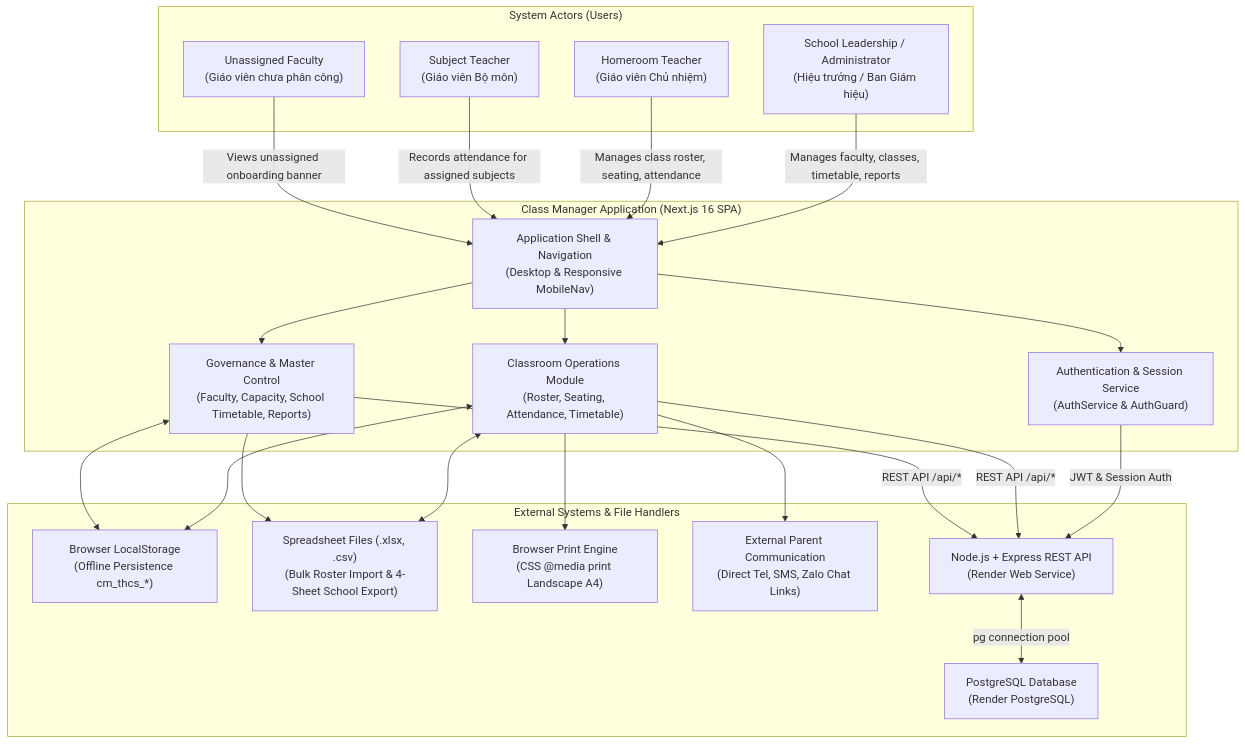
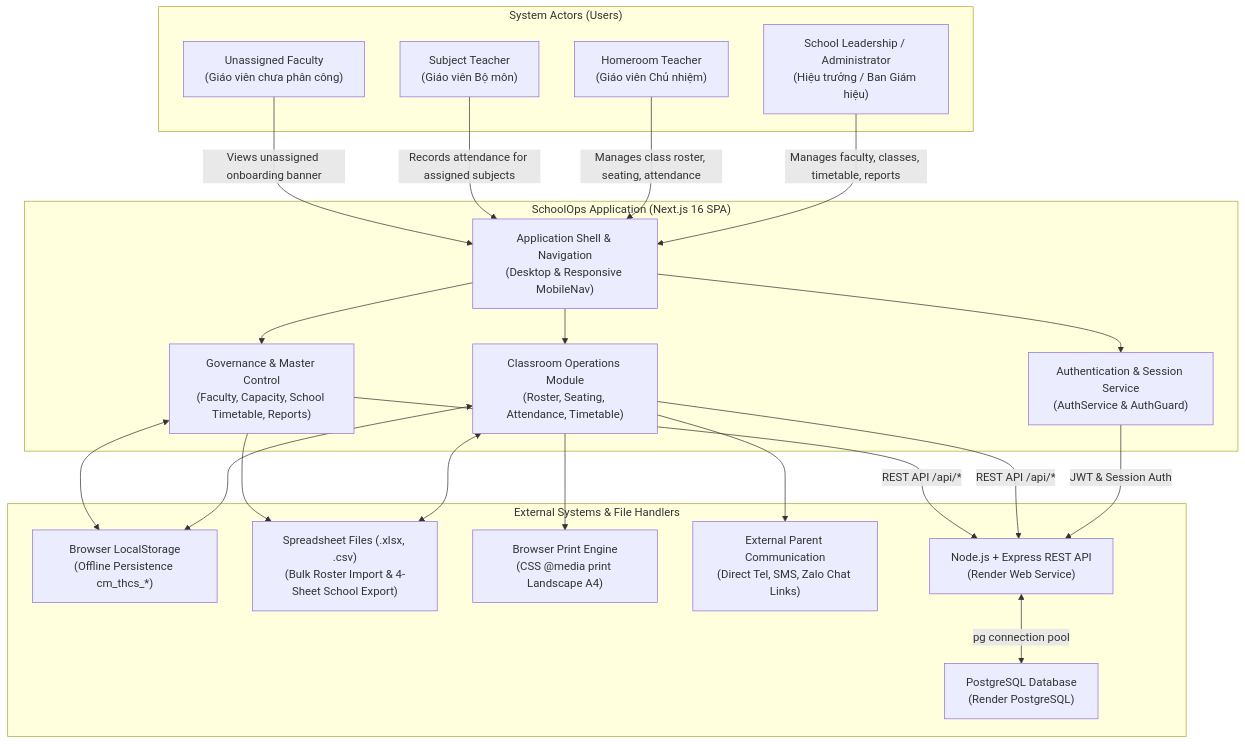
Before and after one commit to tranhohoangvu/class-manager: the diagram in docs/diagrams/system-context.md, drawn with Mermaid. The commit also changed other lines of this file and 27 other files, not shown here.

Commit message:
chore: rebrand project to SchoolOps and update documentation and workspace configs

````diff
--- a/docs/diagrams/system-context.md
+++ b/docs/diagrams/system-context.md
@@ -7,45 +7,45 @@
 ```mermaid
 graph TD
     subgraph Actors ["System Actors (Users)"]
         Admin["School Leadership / Administrator<br/>(Hiệu trưởng / Ban Giám hiệu)"]
         GVCN["Homeroom Teacher<br/>(Giáo viên Chủ nhiệm)"]
         GVBM["Subject Teacher<br/>(Giáo viên Bộ môn)"]
         Unassigned["Unassigned Faculty<br/>(Giáo viên chưa phân công)"]
     end
 
-    subgraph SystemBoundary ["Class Manager Application (Next.js 16 SPA)"]
+    subgraph SystemBoundary ["SchoolOps Application (Next.js 16 SPA)"]
         AppShell["Application Shell & Navigation<br/>(Desktop & Responsive MobileNav)"]
         AuthModule["Authentication & Session Service<br/>(AuthService & AuthGuard)"]
         ClassModule["Classroom Operations Module<br/>(Roster, Seating, Attendance, Timetable)"]
         AdminModule["Governance & Master Control<br/>(Faculty, Capacity, School Timetable, Reports)"]
     end
 
     subgraph ExternalTouchpoints ["External Systems & File Handlers"]
         LocalStorage["Browser LocalStorage<br/>(Offline Persistence cm_thcs_*)"]
         ExcelFiles["Spreadsheet Files (.xlsx, .csv)<br/>(Bulk Roster Import & 4-Sheet School Export)"]
         PrintEngine["Browser Print Engine<br/>(CSS @media print Landscape A4)"]
         Messaging["External Parent Communication<br/>(Direct Tel, SMS, Zalo Chat Links)"]
         BackendAPI["Node.js + Express REST API<br/>(Render Web Service)"]
         PostgresDB["PostgreSQL Database<br/>(Render PostgreSQL)"]
     end
 
     Admin -->|"Manages faculty, classes, timetable, reports"| AppShell
     GVCN -->|"Manages class roster, seating, attendance"| AppShell
     GVBM -->|"Records attendance for assigned subjects"| AppShell
     Unassigned -->|"Views unassigned onboarding banner"| AppShell
 
     AppShell --> AuthModule
     AppShell --> ClassModule
     AppShell --> AdminModule
 
     ClassModule <--> LocalStorage
     AdminModule <--> LocalStorage
     ClassModule <--> ExcelFiles
     AdminModule --> ExcelFiles
     ClassModule --> PrintEngine
     ClassModule --> Messaging
     AuthModule -->|"JWT & Session Auth"| BackendAPI
     ClassModule -->|"REST API /api/*"| BackendAPI
     AdminModule -->|"REST API /api/*"| BackendAPI
     BackendAPI <-->|"pg connection pool"| PostgresDB
 ```
````
